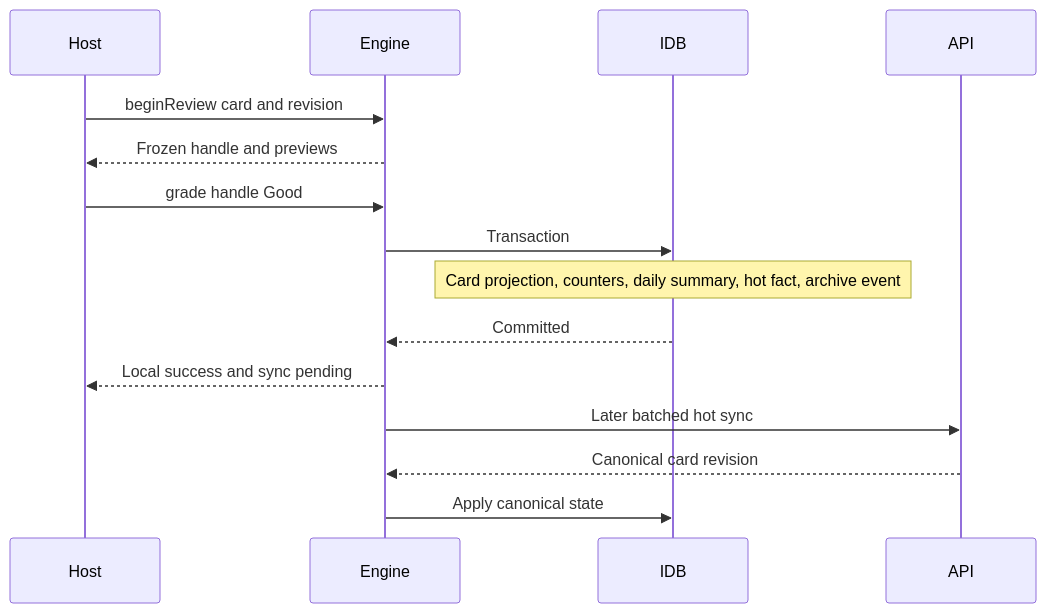
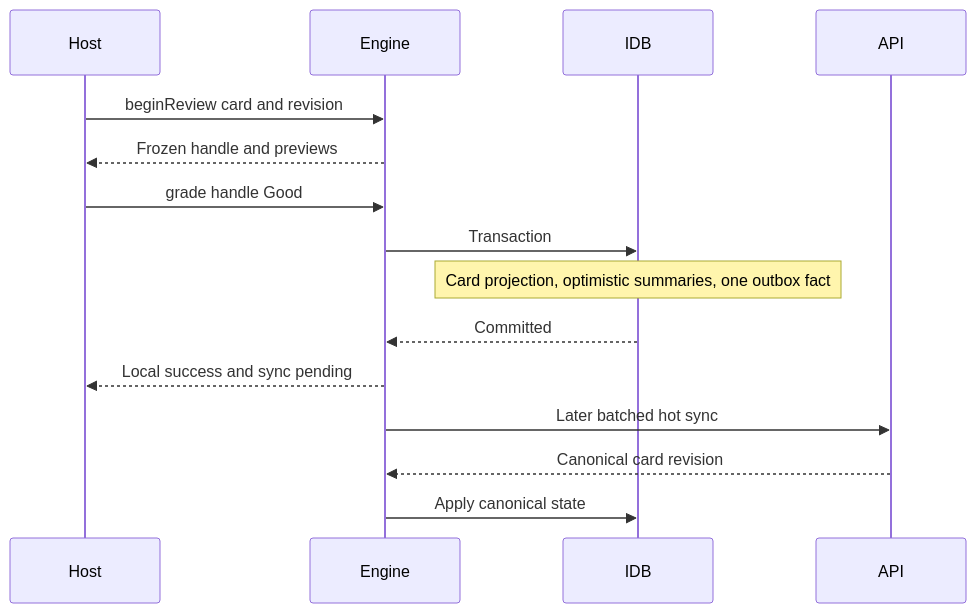
The third of 6 diagrams in docs/notes/STUDY-ENGINE-BRAINSTORM/STUDY-ENGINE-DESIGN/REVIEWS-AND-FSRS.md (PikaPikaGems/kanji-heatmap), drawn with Mermaid before and after one commit. The commit also changed other lines of this file and 8 other files, not shown here.

````diff
--- a/docs/notes/STUDY-ENGINE-BRAINSTORM/STUDY-ENGINE-DESIGN/REVIEWS-AND-FSRS.md
+++ b/docs/notes/STUDY-ENGINE-BRAINSTORM/STUDY-ENGINE-DESIGN/REVIEWS-AND-FSRS.md
@@ -331,18 +460,18 @@
 ```mermaid
 sequenceDiagram
     participant Host
     participant Engine
     participant IDB
     participant API
 
     Host->>Engine: beginReview card and revision
     Engine-->>Host: Frozen handle and previews
     Host->>Engine: grade handle Good
     Engine->>IDB: Transaction
-    Note over IDB: Card projection, counters, daily summary, hot fact, archive event
+    Note over IDB: Card projection, optimistic summaries, one outbox fact
     IDB-->>Engine: Committed
     Engine-->>Host: Local success and sync pending
     Engine->>API: Later batched hot sync
     API-->>Engine: Canonical card revision
     Engine->>IDB: Apply canonical state
 ```
````
